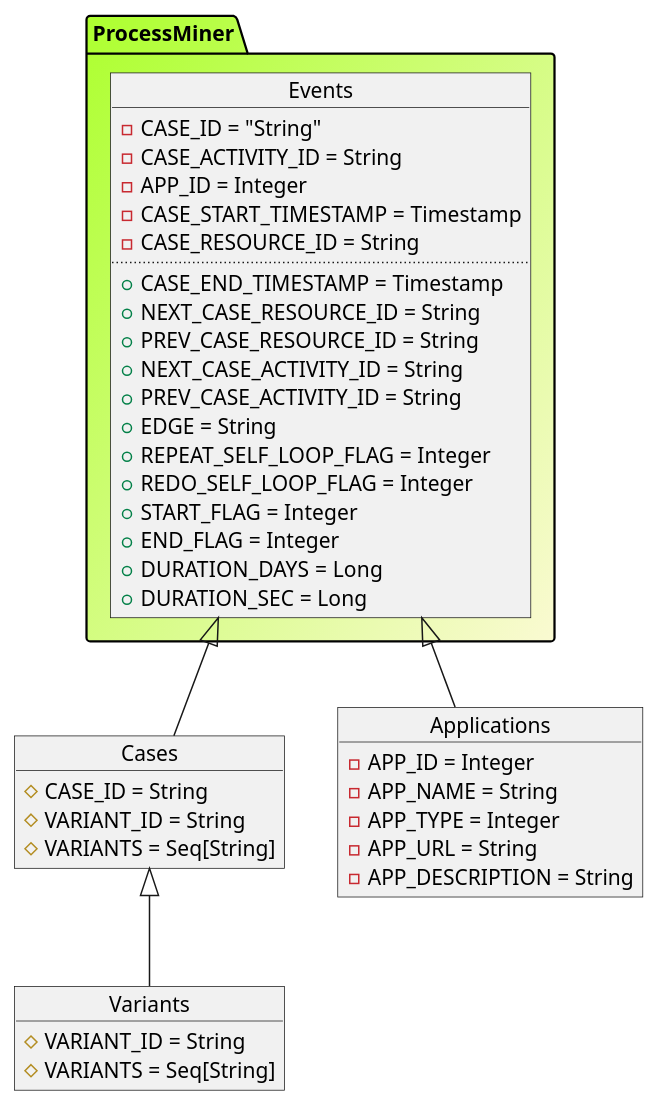
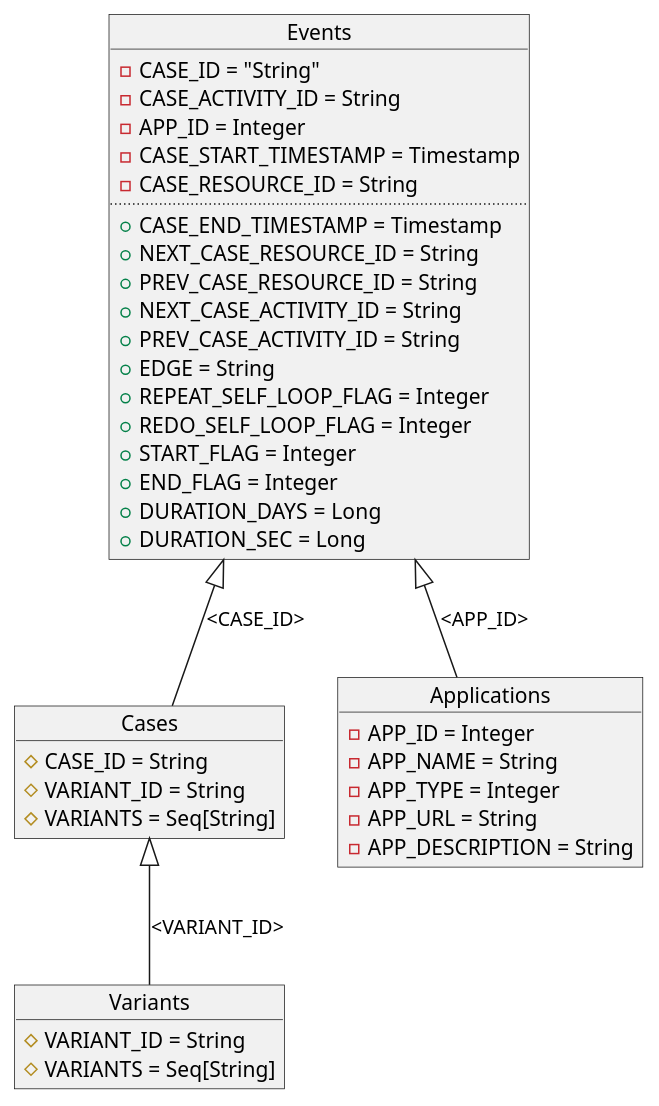
The diagram in flow.md (fcenedes/flows), drawn with PlantUML before and after one commit.

```diff
--- a/flow.md
+++ b/flow.md
@@ -20,49 +20,48 @@
 @startuml
 
-package ProcessMiner #GreenYellow/LightGoldenRodYellow {
 object Events {
    -CASE_ID = "String"
    -CASE_ACTIVITY_ID = String
    -APP_ID = Integer
    -CASE_START_TIMESTAMP = Timestamp
    -CASE_RESOURCE_ID = String
    ..
    +CASE_END_TIMESTAMP = Timestamp
    +NEXT_CASE_RESOURCE_ID = String
    +PREV_CASE_RESOURCE_ID = String
    +NEXT_CASE_ACTIVITY_ID = String
    +PREV_CASE_ACTIVITY_ID = String
    +EDGE = String
    +REPEAT_SELF_LOOP_FLAG = Integer
    +REDO_SELF_LOOP_FLAG = Integer
    +START_FLAG = Integer
    +END_FLAG = Integer
    +DURATION_DAYS = Long
    +DURATION_SEC = Long  
 }
-}
+
 object Cases {
   #CASE_ID = String
   #VARIANT_ID = String
   #VARIANTS = Seq[String]
 }
 
 object Variants {
    #VARIANT_ID = String
    #VARIANTS = Seq[String]
 }
 
 object Applications {
    -APP_ID = Integer
    -APP_NAME = String
    -APP_TYPE = Integer
    -APP_URL = String
    -APP_DESCRIPTION = String
 }
 
 
-Events <|-- Cases
-Cases <|-- Variants
-Events <|-- Applications
+Events <|-- Cases : <CASE_ID>
+Cases <|-- Variants : <VARIANT_ID>
+Events <|-- Applications : <APP_ID>
 
 @enduml
```
